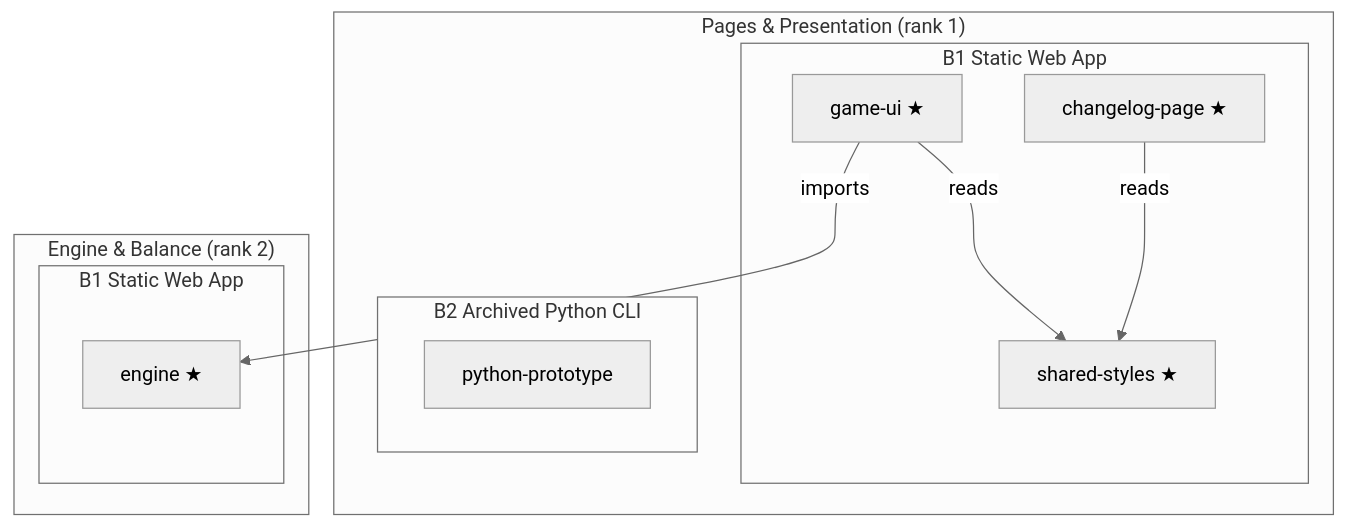
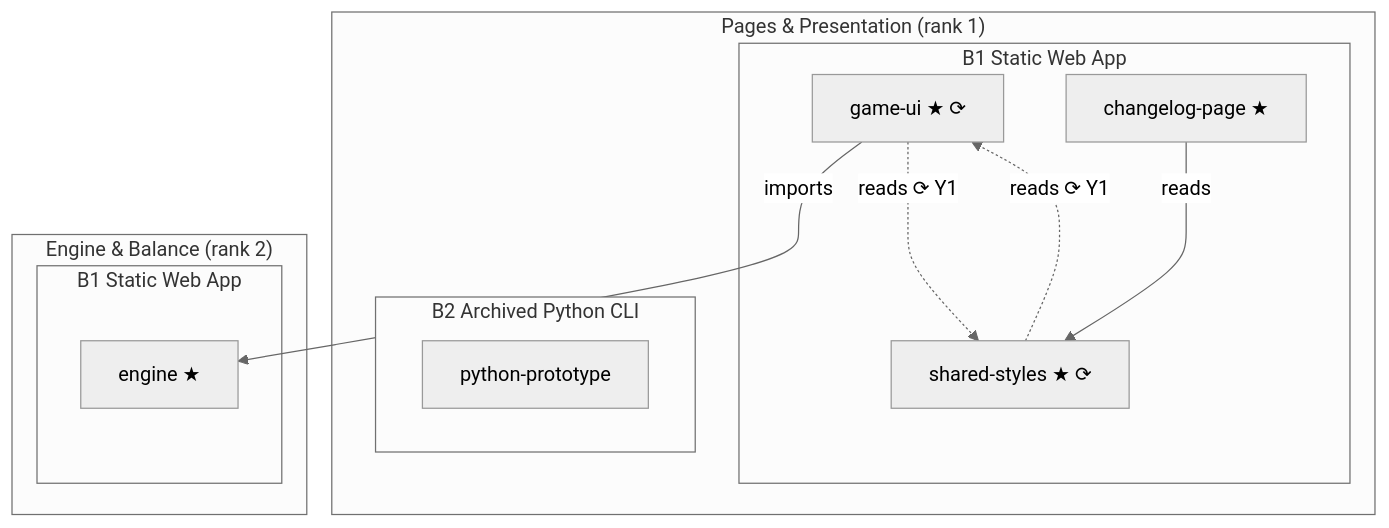
The second of 2 diagrams in docs/CODEMAP.md (Dev-020/socsci1-game), drawn with Mermaid (neutral theme) before and after one commit. The commit also changed other lines of this file, not shown here.

````diff
--- a/docs/CODEMAP.md
+++ b/docs/CODEMAP.md
@@ -66,22 +66,23 @@
 ```mermaid
 flowchart TD
   subgraph rank1["Pages & Presentation (rank 1)"]
     subgraph B1_top["B1 Static Web App"]
-      game-ui["game-ui ★"]
+      game-ui["game-ui ★ ⟳"]
       changelog-page["changelog-page ★"]
-      shared-styles["shared-styles ★"]
+      shared-styles["shared-styles ★ ⟳"]
     end
     subgraph B2_top["B2 Archived Python CLI"]
       python-prototype["python-prototype"]
     end
   end
   subgraph rank2["Engine & Balance (rank 2)"]
     subgraph B1_bot["B1 Static Web App"]
       engine["engine ★"]
     end
   end
 
   game-ui -->|imports| engine
-  game-ui -->|reads| shared-styles
+  game-ui -.->|reads ⟳ Y1| shared-styles
+  shared-styles -.->|reads ⟳ Y1| game-ui
   changelog-page -->|reads| shared-styles
 ```
````
